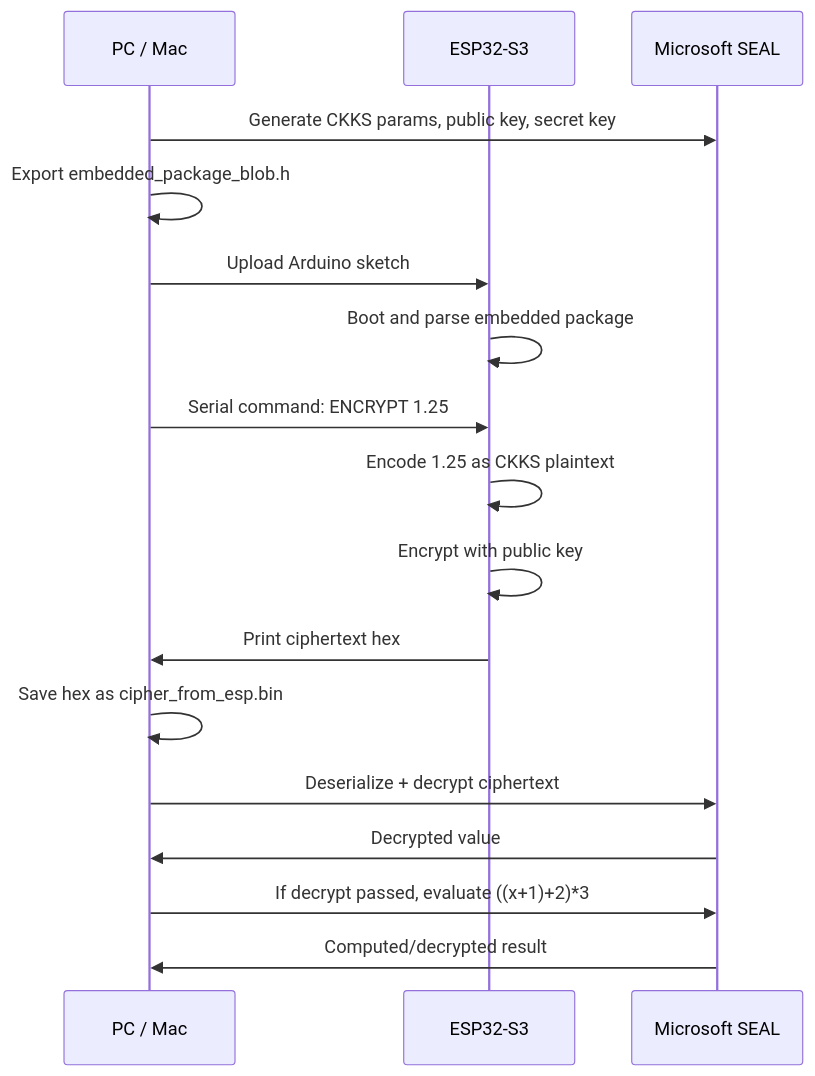
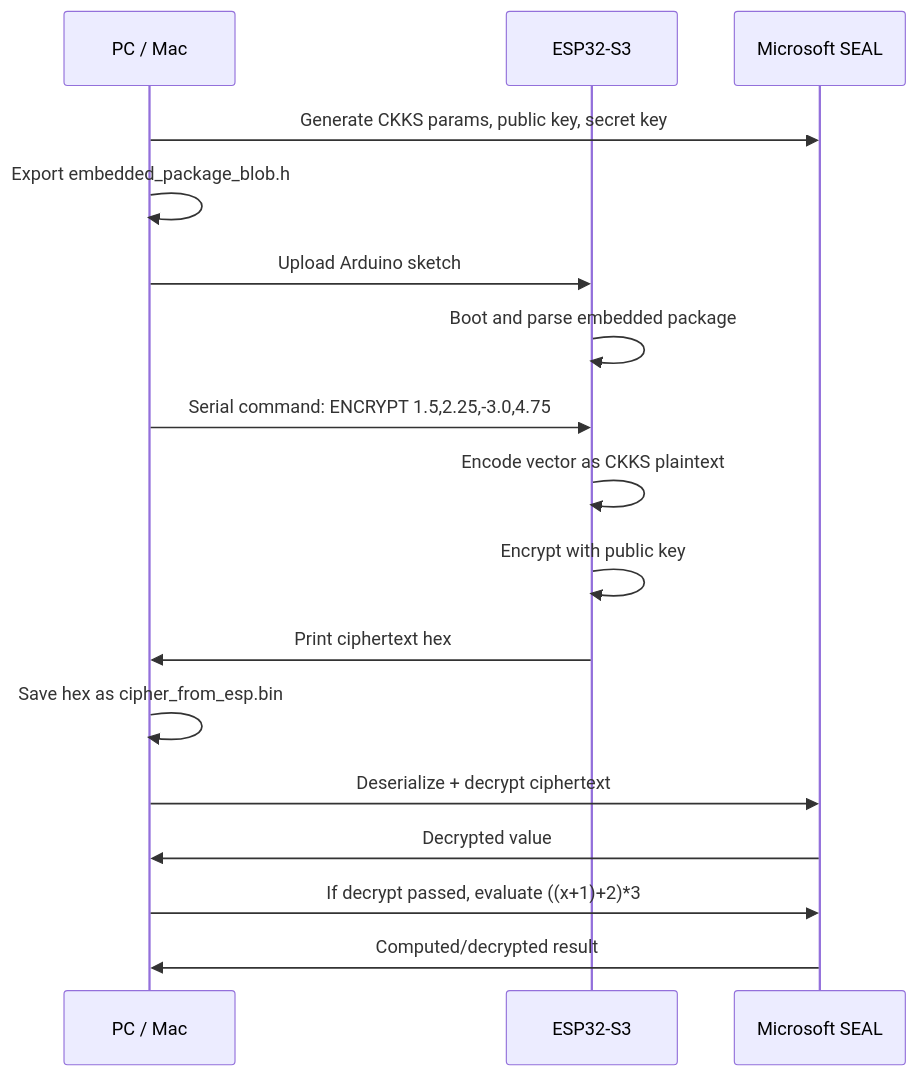
Before and after one commit to BuriAhmad/Encryption: the second of 2 diagrams in docs/HARDWARE_TEST_FLOW.md, drawn with Mermaid. The commit also changed other lines of this file and 15 other files, not shown here.

First line of the commit message:
Upgrade ESP32 CKKS prototype to N4096 vector encoding

````diff
--- a/docs/HARDWARE_TEST_FLOW.md
+++ b/docs/HARDWARE_TEST_FLOW.md
@@ -79,20 +79,20 @@
 ```mermaid
 sequenceDiagram
     participant PC as PC / Mac
     participant ESP as ESP32-S3
     participant SEAL as Microsoft SEAL
 
     PC->>SEAL: Generate CKKS params, public key, secret key
     PC->>PC: Export embedded_package_blob.h
     PC->>ESP: Upload Arduino sketch
     ESP->>ESP: Boot and parse embedded package
-    PC->>ESP: Serial command: ENCRYPT 1.25
-    ESP->>ESP: Encode 1.25 as CKKS plaintext
+    PC->>ESP: Serial command: ENCRYPT 1.5,2.25,-3.0,4.75
+    ESP->>ESP: Encode vector as CKKS plaintext
     ESP->>ESP: Encrypt with public key
     ESP->>PC: Print ciphertext hex
     PC->>PC: Save hex as cipher_from_esp.bin
     PC->>SEAL: Deserialize + decrypt ciphertext
     SEAL->>PC: Decrypted value
     PC->>SEAL: If decrypt passed, evaluate ((x+1)+2)*3
     SEAL->>PC: Computed/decrypted result
 ```
````
